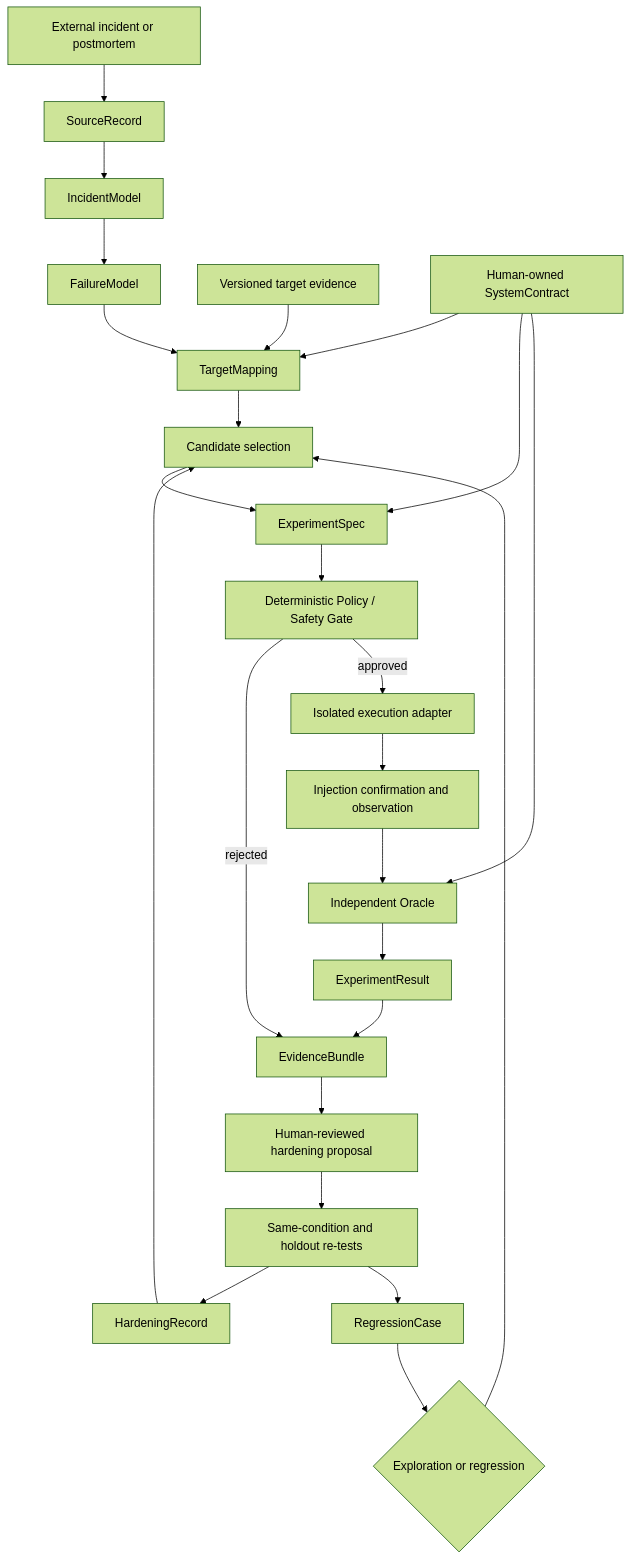
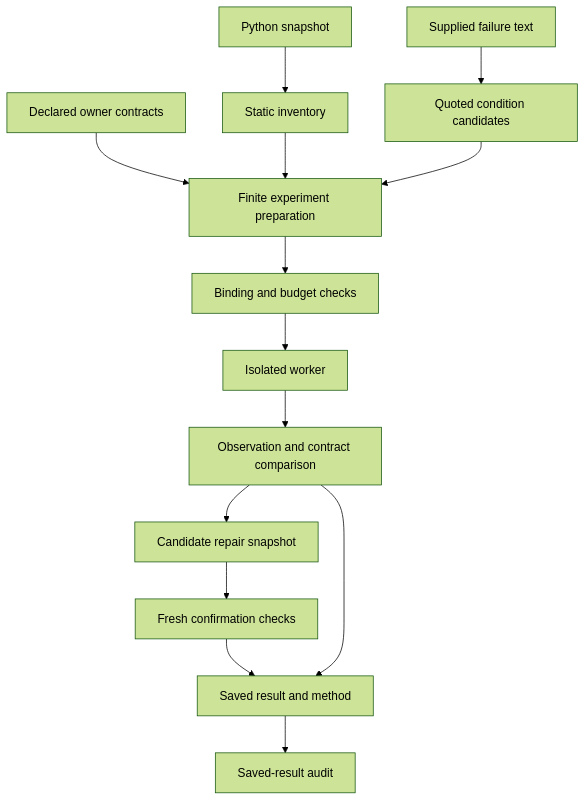
Before and after one commit to yukimurata0421/REQLOX: the first of 2 diagrams in docs/architecture.md, drawn with Mermaid (forest theme). The commit also changed other lines of this file and 335 other files, not shown here.

````diff
--- a/docs/architecture.md
+++ b/docs/architecture.md
@@ -58,27 +10,16 @@
 ```mermaid
 flowchart TD
-    S[External incident or postmortem] --> SR[SourceRecord]
-    SR --> IM[IncidentModel]
-    IM --> FM[FailureModel]
-    TE[Versioned target evidence] --> TM[TargetMapping]
-    FM --> TM
-    SC[Human-owned SystemContract] --> TM
-    TM --> SEL[Candidate selection]
-    MODE{Exploration or regression} --> SEL
-    SEL --> ES[ExperimentSpec]
-    SC --> ES
-    ES --> SG[Deterministic Policy / Safety Gate]
-    SG -->|rejected| EV[EvidenceBundle]
-    SG -->|approved| EX[Isolated execution adapter]
-    EX --> IC[Injection confirmation and observation]
-    IC --> OR[Independent Oracle]
-    SC --> OR
-    OR --> ER[ExperimentResult]
-    ER --> EV
-    EV --> HR[Human-reviewed hardening proposal]
-    HR --> RT[Same-condition and holdout re-tests]
-    RT --> HREC[HardeningRecord]
-    RT --> RC[RegressionCase]
-    HREC --> SEL
-    RC --> MODE
+    T[Python snapshot] --> I[Static inventory]
+    C[Declared owner contracts] --> P[Finite experiment preparation]
+    S[Supplied failure text] --> H[Quoted condition candidates]
+    I --> P
+    H --> P
+    P --> B[Binding and budget checks]
+    B --> W[Isolated worker]
+    W --> O[Observation and contract comparison]
+    O --> R[Candidate repair snapshot]
+    R --> F[Fresh confirmation checks]
+    F --> A[Saved result and method]
+    O --> A
+    A --> V[Saved-result audit]
 ```
````
